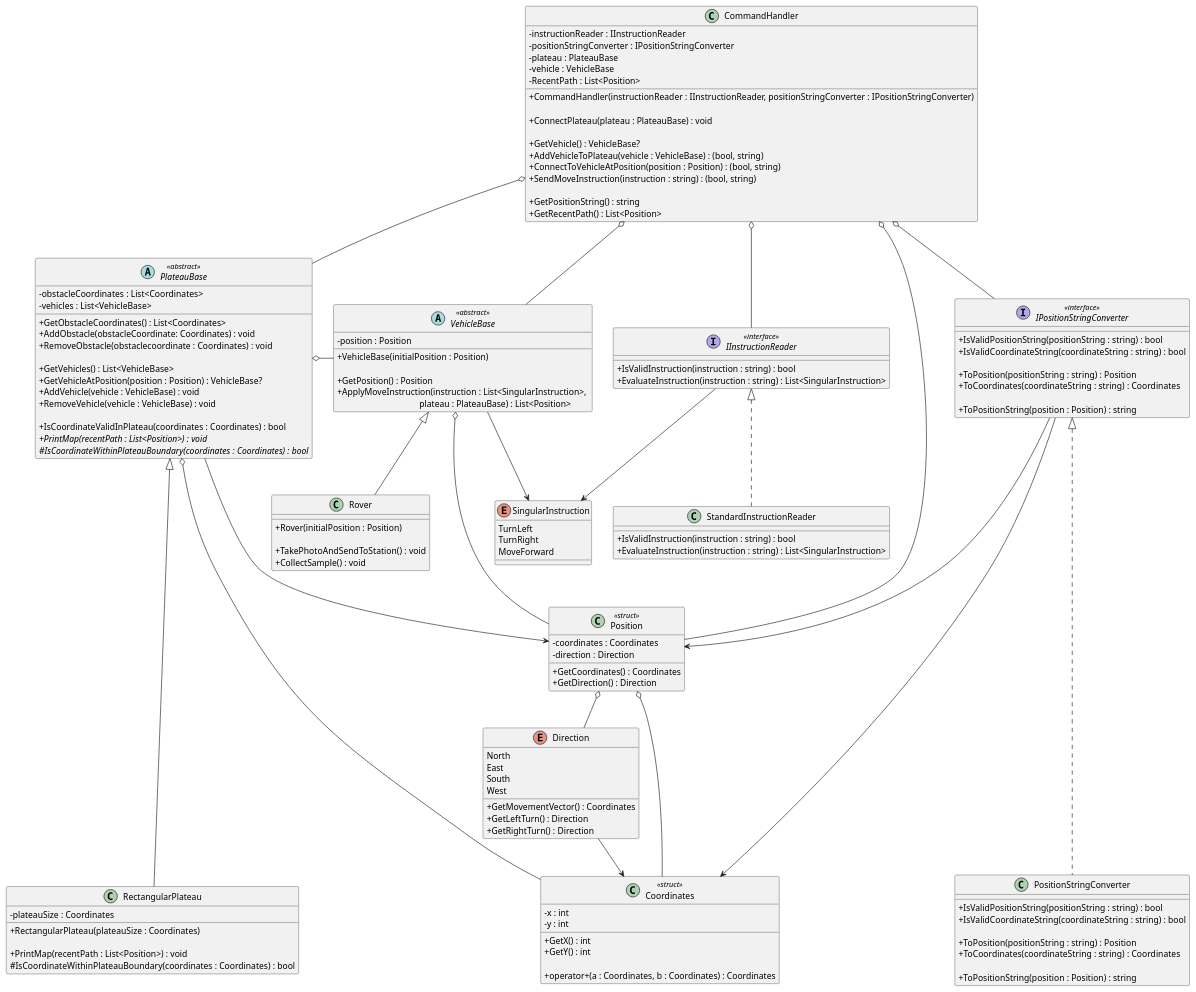
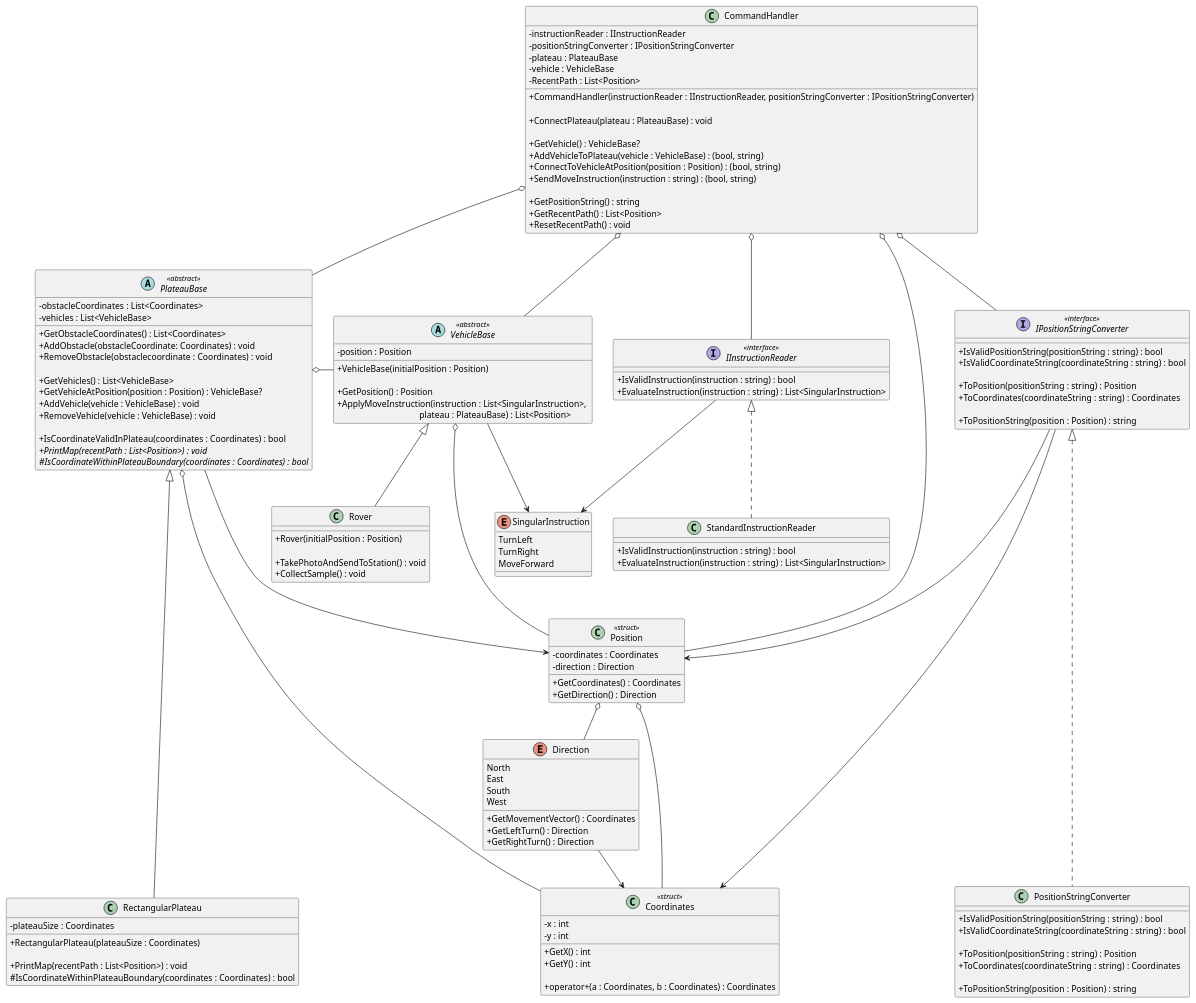
Before and after one commit to iamfranco/MarsRoverChallenge: the diagram in diagrams/MarsRoverChallenge.puml, drawn with PlantUML. The commit also changed 1 other file, not shown here.

Commit message:
UML: add ResetRecentPath method to CommandHandler

```diff
--- a/diagrams/MarsRoverChallenge.puml
+++ b/diagrams/MarsRoverChallenge.puml
@@ -1,173 +1,174 @@
 @startuml "Mars Rover Challenge"
 skinparam classAttributeIconSize 0
 
 class CommandHandler
 {
   - instructionReader : IInstructionReader
   - positionStringConverter : IPositionStringConverter
   - plateau : PlateauBase
   - vehicle : VehicleBase
   - RecentPath : List<Position>
 
   + CommandHandler(instructionReader : IInstructionReader, positionStringConverter : IPositionStringConverter)
   
   + ConnectPlateau(plateau : PlateauBase) : void
 
   + GetVehicle() : VehicleBase?
   + AddVehicleToPlateau(vehicle : VehicleBase) : (bool, string)
   + ConnectToVehicleAtPosition(position : Position) : (bool, string)
   + SendMoveInstruction(instruction : string) : (bool, string)
 
   + GetPositionString() : string
   + GetRecentPath() : List<Position>
+  + ResetRecentPath() : void
 }
 
 interface IInstructionReader <<interface>>
 {
   + IsValidInstruction(instruction : string) : bool
   + EvaluateInstruction(instruction : string) : List<SingularInstruction>
 }
 
 enum SingularInstruction
 {
   TurnLeft
   TurnRight
   MoveForward
 }
 
 class StandardInstructionReader
 {
   + IsValidInstruction(instruction : string) : bool
   + EvaluateInstruction(instruction : string) : List<SingularInstruction>
 }
 
 abstract PlateauBase <<abstract>>
 {
   - obstacleCoordinates : List<Coordinates>
   - vehicles : List<VehicleBase>
 
   + GetObstacleCoordinates() : List<Coordinates>
   + AddObstacle(obstacleCoordinate: Coordinates) : void
   + RemoveObstacle(obstaclecoordinate : Coordinates) : void
 
   + GetVehicles() : List<VehicleBase>
   + GetVehicleAtPosition(position : Position) : VehicleBase?
   + AddVehicle(vehicle : VehicleBase) : void
   + RemoveVehicle(vehicle : VehicleBase) : void
 
    + IsCoordinateValidInPlateau(coordinates : Coordinates) : bool
   {abstract} + PrintMap(recentPath : List<Position>) : void
   {abstract} # IsCoordinateWithinPlateauBoundary(coordinates : Coordinates) : bool
 }
 
 class RectangularPlateau
 {
   - plateauSize : Coordinates
 
   + RectangularPlateau(plateauSize : Coordinates)
 
   + PrintMap(recentPath : List<Position>) : void
   # IsCoordinateWithinPlateauBoundary(coordinates : Coordinates) : bool
 }
 
 class Coordinates <<struct>>
 {
   - x : int
   - y : int
 
   + GetX() : int
   + GetY() : int
 
   + operator+(a : Coordinates, b : Coordinates) : Coordinates
 }
 
 enum Direction
 {
   North
   East
   South
   West
 
   + GetMovementVector() : Coordinates
   + GetLeftTurn() : Direction
   + GetRightTurn() : Direction
 }
 
 interface IPositionStringConverter <<interface>>
 {
   + IsValidPositionString(positionString : string) : bool
   + IsValidCoordinateString(coordinateString : string) : bool
 
   + ToPosition(positionString : string) : Position
   + ToCoordinates(coordinateString : string) : Coordinates
 
   + ToPositionString(position : Position) : string
 }
 
 class Position <<struct>>
 {
   - coordinates : Coordinates
   - direction : Direction
 
   + GetCoordinates() : Coordinates
   + GetDirection() : Direction
 }
 
 class PositionStringConverter
 {
   + IsValidPositionString(positionString : string) : bool
   + IsValidCoordinateString(coordinateString : string) : bool
 
   + ToPosition(positionString : string) : Position
   + ToCoordinates(coordinateString : string) : Coordinates
 
   + ToPositionString(position : Position) : string
 }
 
 class Rover
 {
   + Rover(initialPosition : Position)
 
   + TakePhotoAndSendToStation() : void
   + CollectSample() : void
 }
 
 abstract VehicleBase <<abstract>>
 {
   - position : Position
 
   + VehicleBase(initialPosition : Position)
 
   + GetPosition() : Position
   + ApplyMoveInstruction(instruction : List<SingularInstruction>, \n\
                                      plateau : PlateauBase) : List<Position>
 }
 
 CommandHandler o-- IInstructionReader
 CommandHandler o-- IPositionStringConverter
 CommandHandler o-- PlateauBase
 CommandHandler o-- VehicleBase
 CommandHandler o---- Position
 
 IInstructionReader --> SingularInstruction
 IInstructionReader <|.. StandardInstructionReader 
 
 VehicleBase <|-- Rover
 VehicleBase --> SingularInstruction
 VehicleBase o--- Position
 
 IPositionStringConverter <|..... PositionStringConverter
 IPositionStringConverter ---> Position
 IPositionStringConverter ---> Coordinates
 
 PlateauBase <|----- RectangularPlateau
 PlateauBase --> Position
 PlateauBase o-- Coordinates
 PlateauBase o- VehicleBase
 
 Direction --> Coordinates 
 
 Position o-- Direction
 Position o-- Coordinates
 
 @enduml
```
